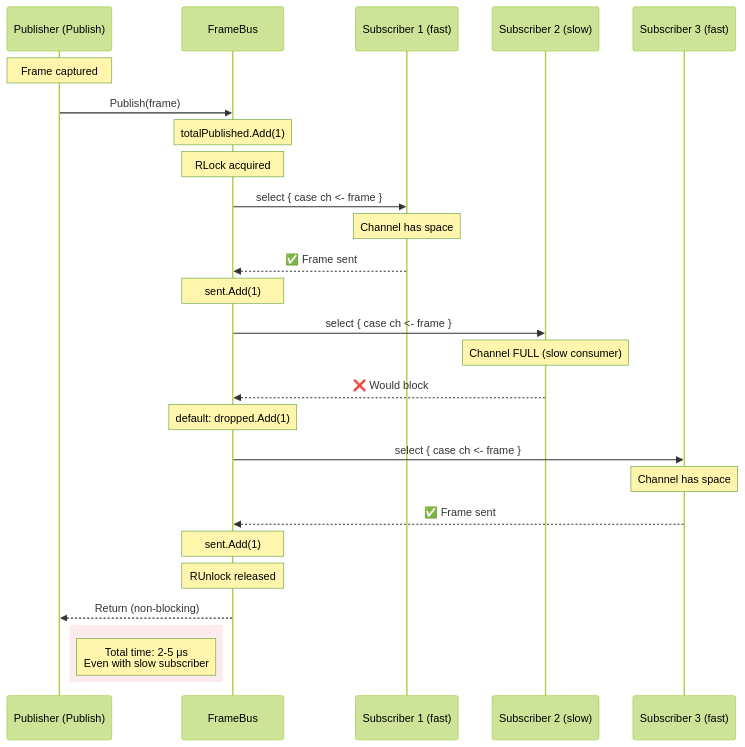
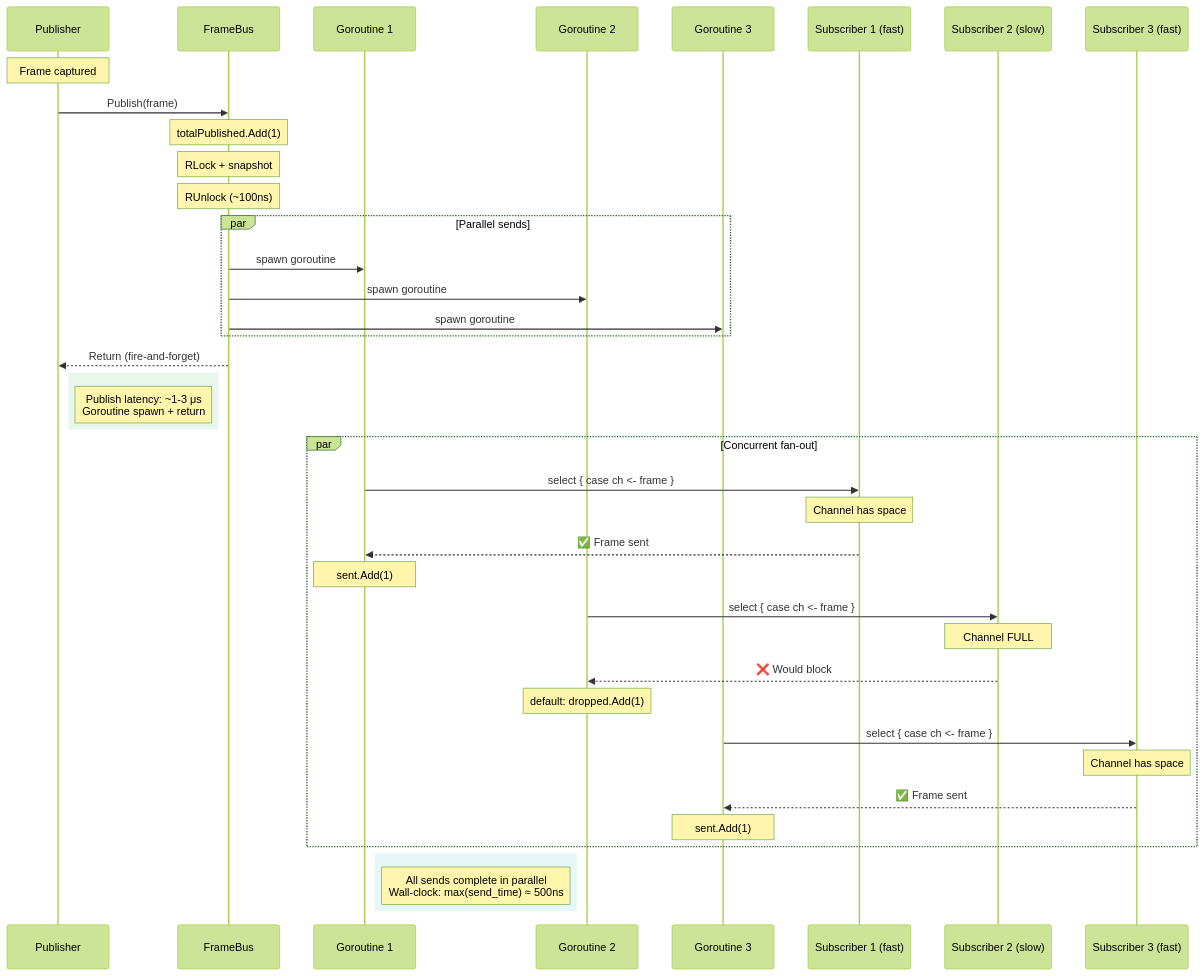
One commit to e7canasta/orion-care-sensor changed the fifth of 10 diagrams in modules/framebus/ARCHITECTURE.md. Above: the diagram before and after it, drawn with Mermaid (forest theme). The commit also changed other lines of this file and 7 other files, not shown here.

First line of the commit message:
feat(framebus): implement concurrent fan-out for Publish method and enhance documentation

````diff
--- a/modules/framebus/ARCHITECTURE.md
+++ b/modules/framebus/ARCHITECTURE.md
@@ -398,36 +485,51 @@
 ```mermaid
 sequenceDiagram
-    participant P as Publisher (Publish)
+    participant P as Publisher
     participant B as FrameBus
+    participant G1 as Goroutine 1
+    participant G2 as Goroutine 2
+    participant G3 as Goroutine 3
     participant S1 as Subscriber 1 (fast)
     participant S2 as Subscriber 2 (slow)
     participant S3 as Subscriber 3 (fast)
-    
+
     Note over P: Frame captured
     P->>B: Publish(frame)
-    
+
     Note over B: totalPublished.Add(1)
-    Note over B: RLock acquired
-    
-    B->>S1: select { case ch <- frame }
-    Note over S1: Channel has space
-    S1-->>B: ✅ Frame sent
-    Note over B: sent.Add(1)
-    
-    B->>S2: select { case ch <- frame }
-    Note over S2: Channel FULL (slow consumer)
-    S2-->>B: ❌ Would block
-    Note over B: default: dropped.Add(1)
-    
-    B->>S3: select { case ch <- frame }
-    Note over S3: Channel has space
-    S3-->>B: ✅ Frame sent
-    Note over B: sent.Add(1)
-    
-    Note over B: RUnlock released
-    B-->>P: Return (non-blocking)
-    
-    rect rgba(220, 53, 69, 0.1)
-        Note right of P: Total time: 2-5 μs<br/>Even with slow subscriber
+    Note over B: RLock + snapshot
+    Note over B: RUnlock (~100ns)
+
+    par Parallel sends
+        B->>G1: spawn goroutine
+        B->>G2: spawn goroutine
+        B->>G3: spawn goroutine
+    end
+
+    B-->>P: Return (fire-and-forget)
+
+    rect rgba(40, 167, 69, 0.1)
+        Note right of P: Publish latency: ~1-3 μs<br/>Goroutine spawn + return
+    end
+
+    par Concurrent fan-out
+        G1->>S1: select { case ch <- frame }
+        Note over S1: Channel has space
+        S1-->>G1: ✅ Frame sent
+        Note over G1: sent.Add(1)
+
+        G2->>S2: select { case ch <- frame }
+        Note over S2: Channel FULL
+        S2-->>G2: ❌ Would block
+        Note over G2: default: dropped.Add(1)
+
+        G3->>S3: select { case ch <- frame }
+        Note over S3: Channel has space
+        S3-->>G3: ✅ Frame sent
+        Note over G3: sent.Add(1)
+    end
+
+    rect rgba(23, 162, 184, 0.1)
+        Note right of G1: All sends complete in parallel<br/>Wall-clock: max(send_time) ≈ 500ns
     end
 ```
````
